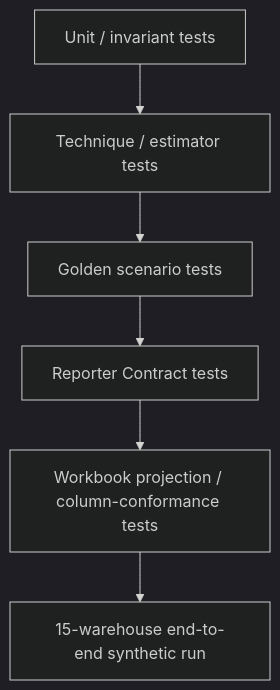
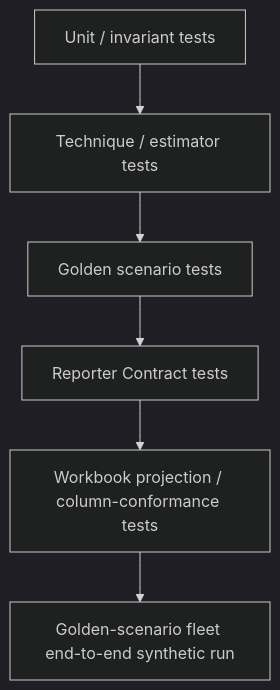
One commit to thiaga-gk/expert-funicular changed diagram 14 of 14 in docs/architecture/hld.md. Above: the diagram before and after it, drawn with Mermaid (dark theme). The commit also changed other lines of this file and 8 other files, not shown here.

Commit message:
Demo fleet docs: one simulated warehouse per golden scenario (38 packages, 76 scenarios, 228 candidates)

````diff
--- a/docs/architecture/hld.md
+++ b/docs/architecture/hld.md
@@ -944,8 +944,8 @@
 ```mermaid
 flowchart TD
     U[Unit / invariant tests] --> T[Technique / estimator tests]
     T --> G[Golden scenario tests]
     G --> RC[Reporter Contract tests]
     RC --> WC[Workbook projection / column-conformance tests]
-    WC --> E2E[15-warehouse end-to-end synthetic run]
+    WC --> E2E[Golden-scenario fleet end-to-end synthetic run]
 ```
````
